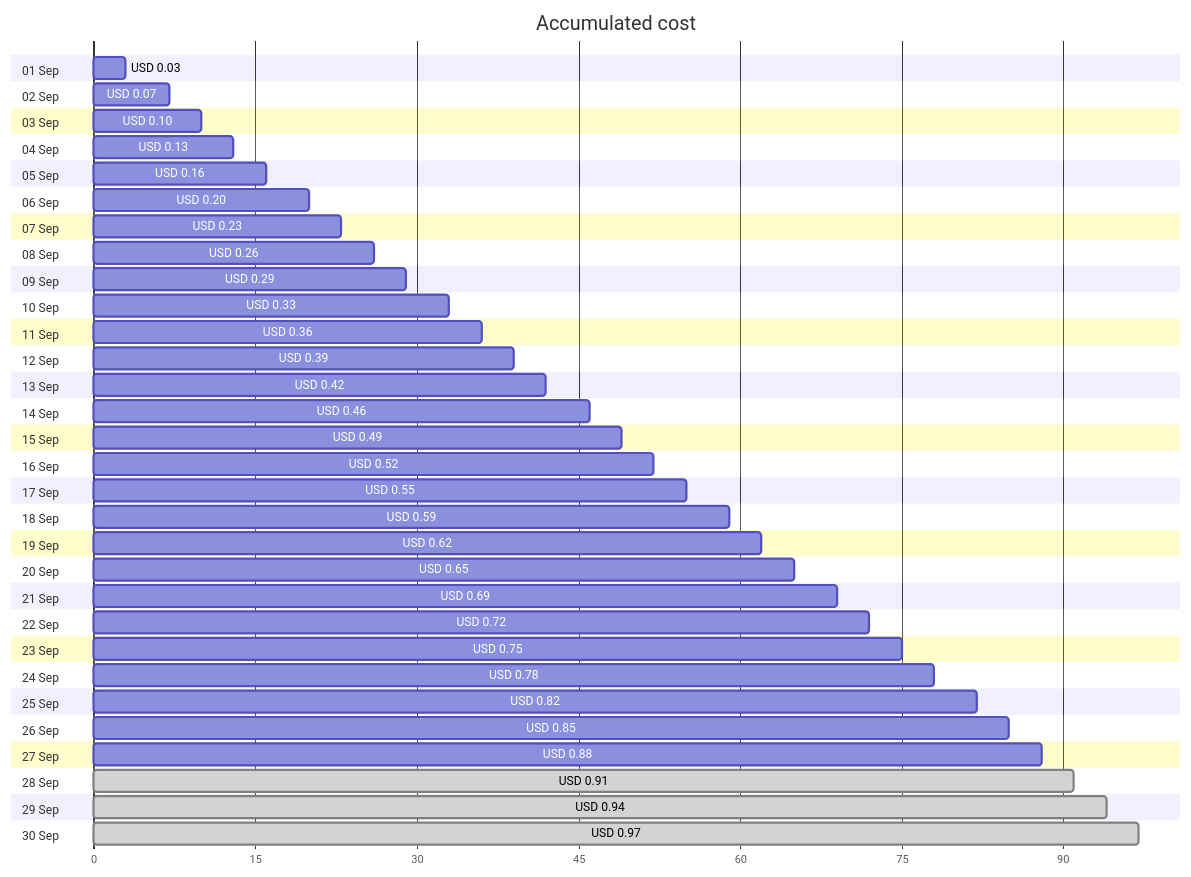
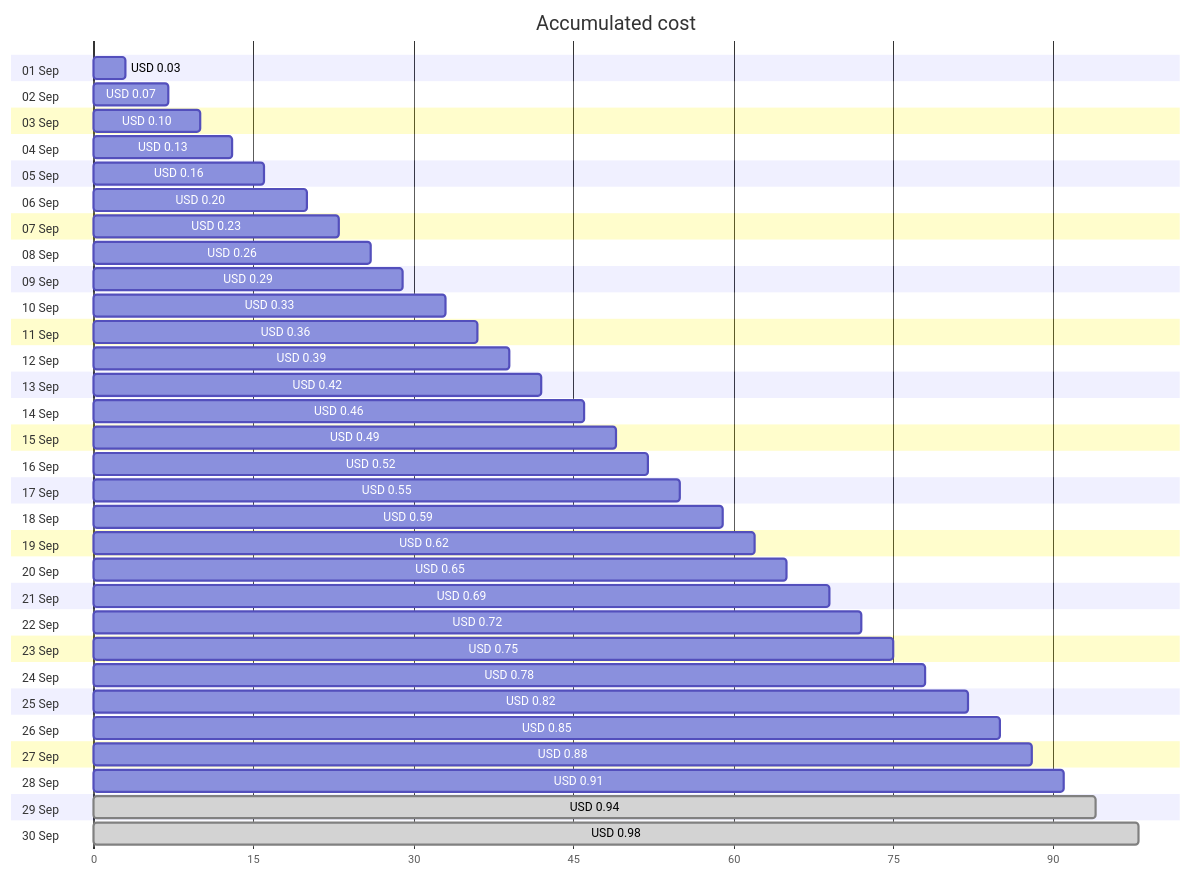
The first of 4 diagrams in cost-reports/personal-dns/README.md (jpfulton/azure-personal-reports), drawn with Mermaid before and after one commit. The commit also changed other lines of this file and 2 other files, not shown here.

````diff
--- a/cost-reports/personal-dns/README.md
+++ b/cost-reports/personal-dns/README.md
@@ -20,66 +20,66 @@
 ```mermaid
 gantt
    title Accumulated cost
    dateFormat  X
    axisFormat %s
    section 01 Sep
    USD 0.03 :0, 3
    section 02 Sep
    USD 0.07 :0, 7
    section 03 Sep
    USD 0.10 :0, 10
    section 04 Sep
    USD 0.13 :0, 13
    section 05 Sep
    USD 0.16 :0, 16
    section 06 Sep
    USD 0.20 :0, 20
    section 07 Sep
    USD 0.23 :0, 23
    section 08 Sep
    USD 0.26 :0, 26
    section 09 Sep
    USD 0.29 :0, 29
    section 10 Sep
    USD 0.33 :0, 33
    section 11 Sep
    USD 0.36 :0, 36
    section 12 Sep
    USD 0.39 :0, 39
    section 13 Sep
    USD 0.42 :0, 42
    section 14 Sep
    USD 0.46 :0, 46
    section 15 Sep
    USD 0.49 :0, 49
    section 16 Sep
    USD 0.52 :0, 52
    section 17 Sep
    USD 0.55 :0, 55
    section 18 Sep
    USD 0.59 :0, 59
    section 19 Sep
    USD 0.62 :0, 62
    section 20 Sep
    USD 0.65 :0, 65
    section 21 Sep
    USD 0.69 :0, 69
    section 22 Sep
    USD 0.72 :0, 72
    section 23 Sep
    USD 0.75 :0, 75
    section 24 Sep
    USD 0.78 :0, 78
    section 25 Sep
    USD 0.82 :0, 82
    section 26 Sep
    USD 0.85 :0, 85
    section 27 Sep
    USD 0.88 :0, 88
    section 28 Sep
-   USD 0.91 : done, 0, 91
+   USD 0.91 :0, 91
    section 29 Sep
    USD 0.94 : done, 0, 94
    section 30 Sep
-   USD 0.97 : done, 0, 97
+   USD 0.98 : done, 0, 98
 ```
````
